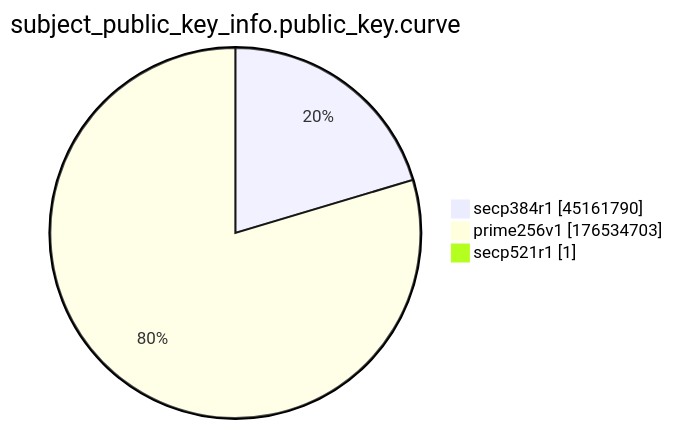
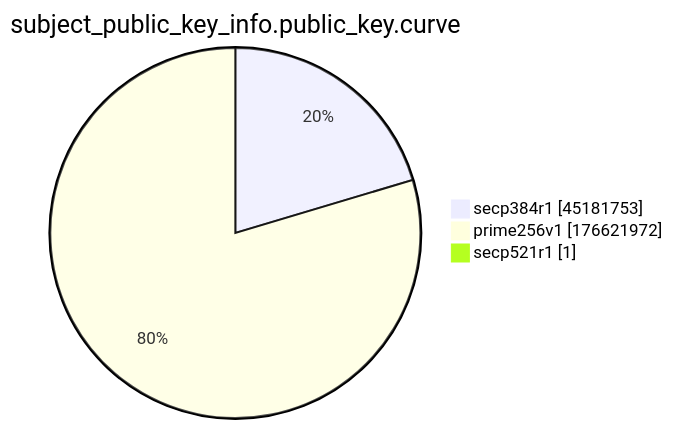
The ninth of 15 diagrams in xenon2022/README.md (christiankrug/ctmonitor_visualization), drawn with Mermaid before and after one commit. The commit also changed other lines of this file, not shown here.

````diff
--- a/xenon2022/README.md
+++ b/xenon2022/README.md
@@ -2872,7 +2872,7 @@
 ```mermaid
 pie showData
 title subject_public_key_info.public_key.curve
-"secp384r1" :45161790
-"prime256v1" :176534703
+"secp384r1" :45181753
+"prime256v1" :176621972
 "secp521r1" :1
 ```
````
